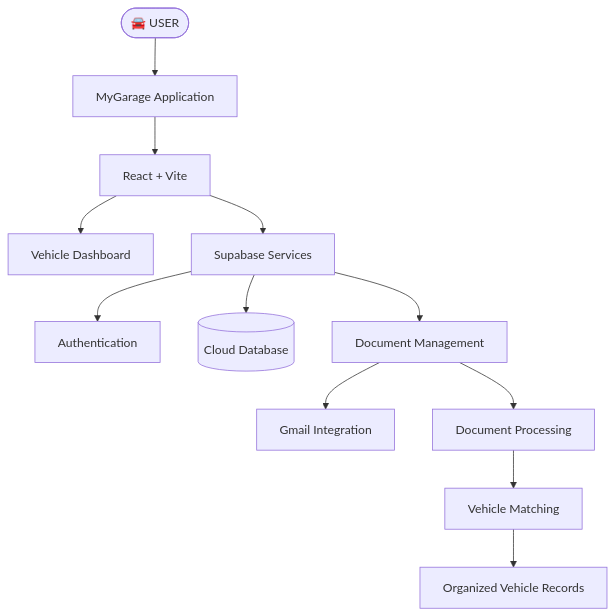
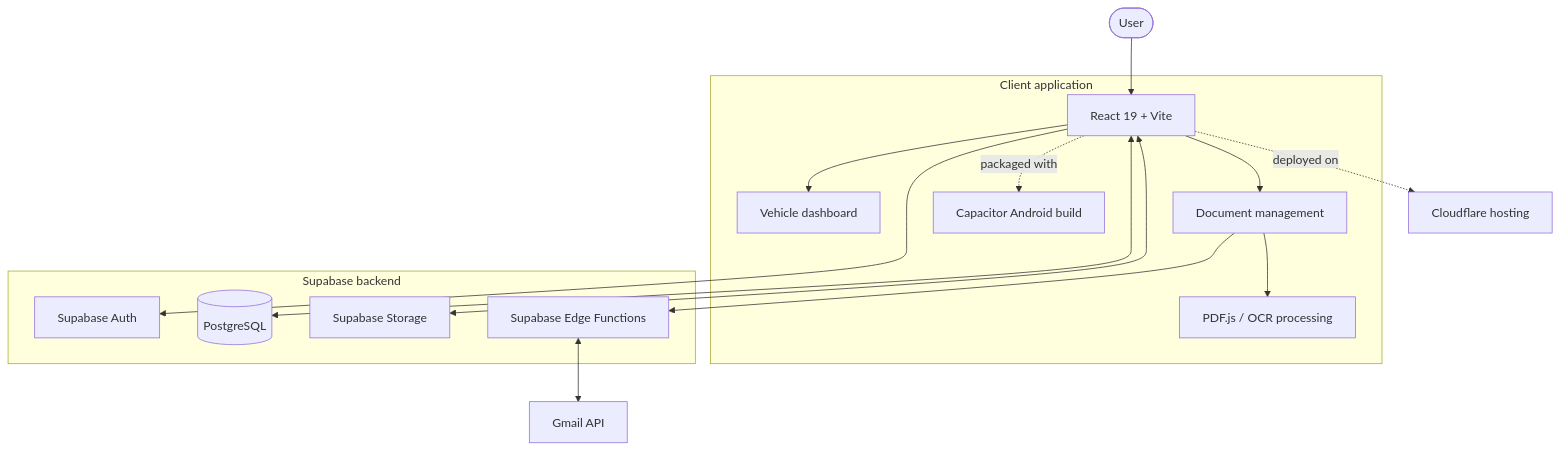
Before and after one commit to AlwinJCOde667/MyGarage: the diagram in README.md, drawn with Mermaid. The commit also changed other lines of this file, not shown here.

````diff
--- a/README.md
+++ b/README.md
@@ -137,14 +101,33 @@
 ```mermaid
 flowchart TB
-    U(["🚘 USER"]) --> A["MyGarage Application"]
-    A --> B["React + Vite"]
-    B --> C["Vehicle Dashboard"]
-    B --> D["Supabase Services"]
-    D --> E["Authentication"]
-    D --> F[("Cloud Database")]
-    D --> G["Document Management"]
-    G --> H["Gmail Integration"]
-    G --> I["Document Processing"]
-    I --> J["Vehicle Matching"]
-    J --> K["Organized Vehicle Records"]
+    USER(["User"])
+    subgraph CLIENT["Client application"]
+        UI["React 19 + Vite"]
+        GARAGE["Vehicle dashboard"]
+        DOCS["Document management"]
+        PDF["PDF.js / OCR processing"]
+        MOBILE["Capacitor Android build"]
+        UI --> GARAGE
+        UI --> DOCS
+        DOCS --> PDF
+        UI -. packaged with .-> MOBILE
+    end
+
+    subgraph CLOUD["Supabase backend"]
+        AUTH["Supabase Auth"]
+        DB[("PostgreSQL")]
+        STORAGE["Supabase Storage"]
+        EDGE["Supabase Edge Functions"]
+    end
+
+    GMAIL["Gmail API"]
+    CLOUDFLARE["Cloudflare hosting"]
+
+    USER --> UI
+    UI --> AUTH
+    UI <--> DB
+    UI <--> STORAGE
+    DOCS --> EDGE
+    EDGE <--> GMAIL
+    UI -. deployed on .-> CLOUDFLARE
 ```
````
